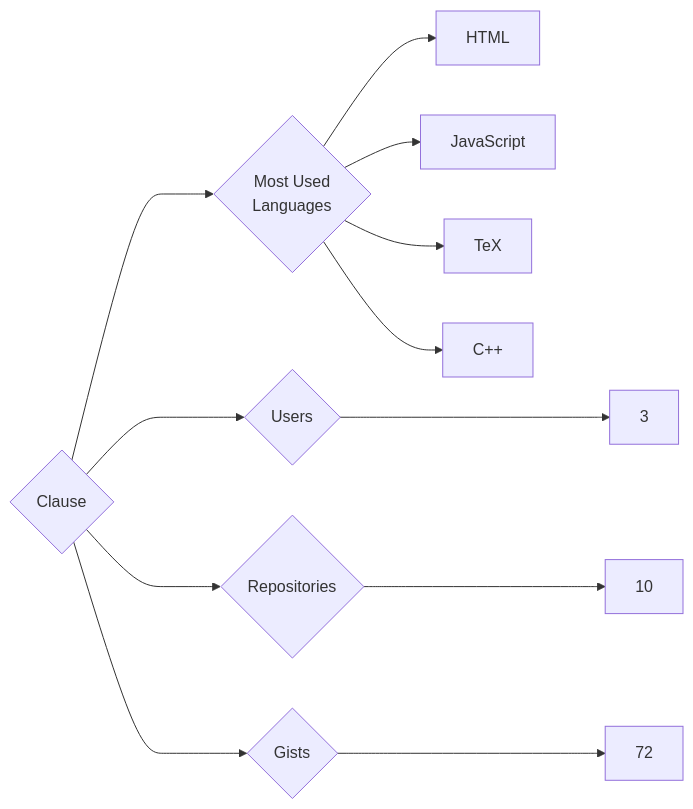
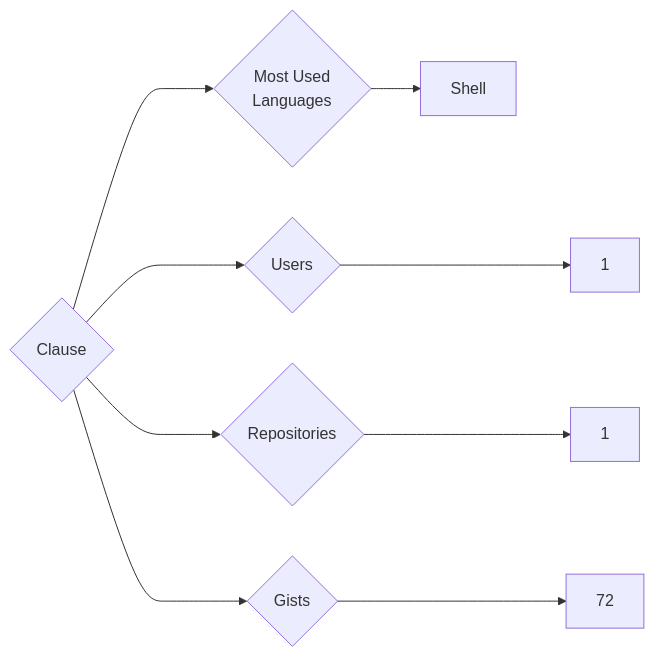
One commit to trickest/insiders changed the diagram in targets/Clause/README.md. Above: the diagram before and after it, drawn with Mermaid. The commit also changed 809 other files, not shown here.

````diff
--- a/targets/Clause/README.md
+++ b/targets/Clause/README.md
@@ -3,12 +3,9 @@
 ```mermaid
 graph LR
 COMPANY_NAME{Clause}
-COMPANY_NAME ---> U{Users} ---> UN[3]
-COMPANY_NAME ---> R{Repositories} ---> RN[10]
+COMPANY_NAME ---> U{Users} ---> UN[1]
+COMPANY_NAME ---> R{Repositories} ---> RN[1]
 COMPANY_NAME ---> G{Gists} ---> GN[72]
 COMPANY_NAME ---> ML{Most Used<br>Languages}
-ML --> HTML[HTML]
-ML --> JavaScript[JavaScript]
-ML --> TeX[TeX]
-ML --> C++[C++]
+ML --> Shell[Shell]
 ```
````
